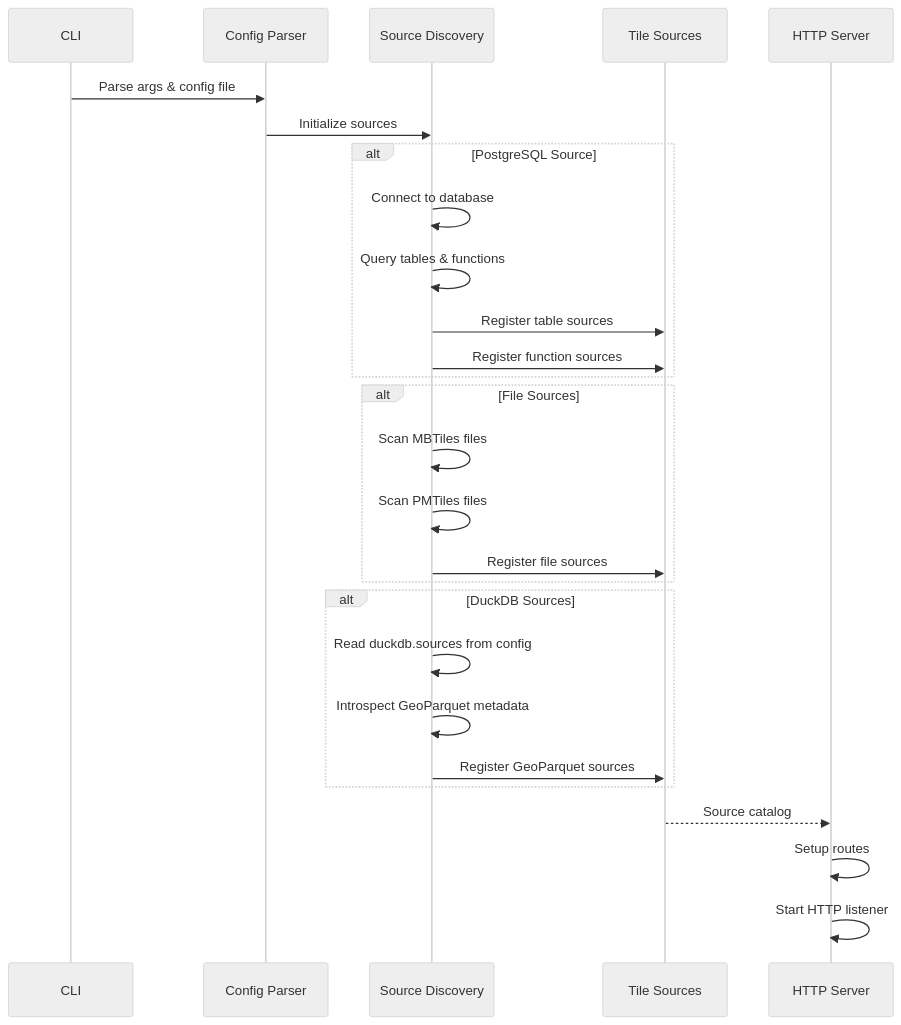
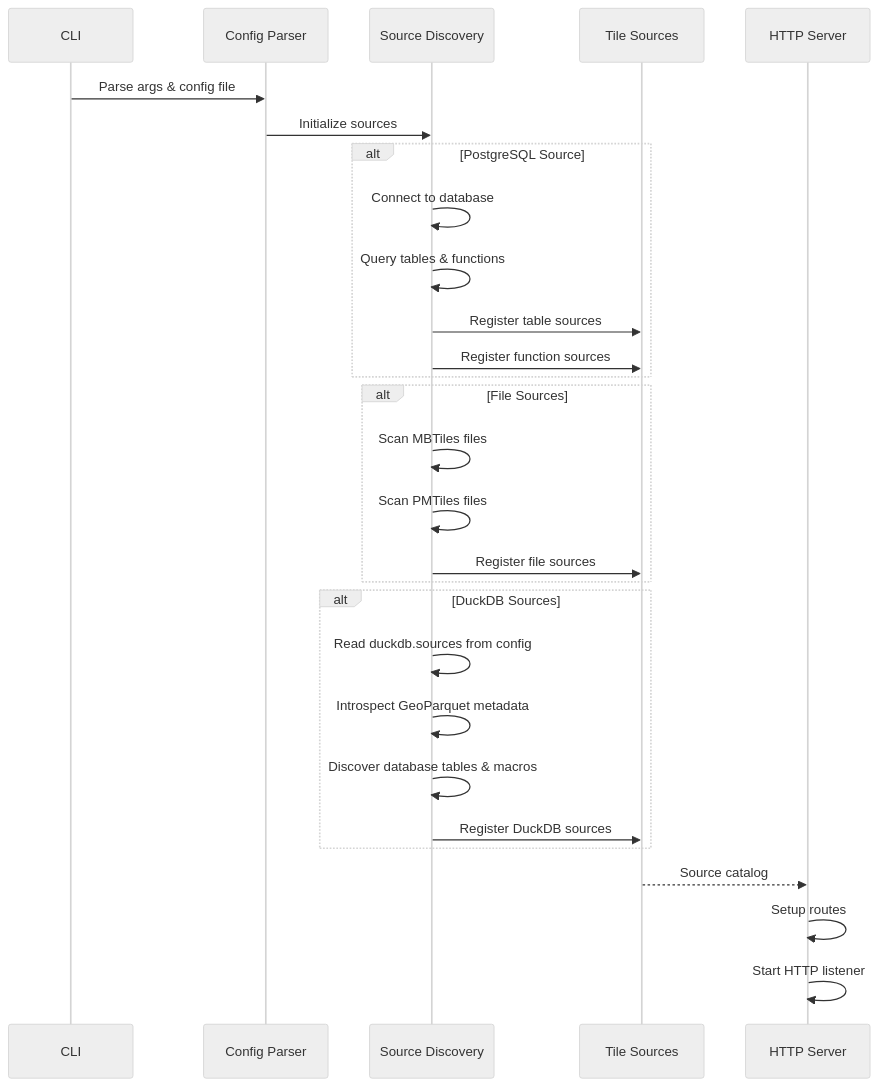
Before and after one commit to maplibre/martin: the third of 8 diagrams in docs/content/architecture.md, drawn with Mermaid (neutral theme). The commit also changed other lines of this file and 9 other files, not shown here.

````diff
--- a/docs/content/architecture.md
+++ b/docs/content/architecture.md
@@ -200,34 +200,35 @@
     ```mermaid
     sequenceDiagram
         participant CLI
         participant Config as Config Parser
         participant Discovery as Source Discovery
         participant Sources as Tile Sources
         participant Server as HTTP Server
 
         CLI->>Config: Parse args & config file
         Config->>Discovery: Initialize sources
 
         alt PostgreSQL Source
             Discovery->>Discovery: Connect to database
             Discovery->>Discovery: Query tables & functions
             Discovery->>Sources: Register table sources
             Discovery->>Sources: Register function sources
         end
 
         alt File Sources
             Discovery->>Discovery: Scan MBTiles files
             Discovery->>Discovery: Scan PMTiles files
             Discovery->>Sources: Register file sources
         end
 
         alt DuckDB Sources
             Discovery->>Discovery: Read duckdb.sources from config
             Discovery->>Discovery: Introspect GeoParquet metadata
-            Discovery->>Sources: Register GeoParquet sources
+            Discovery->>Discovery: Discover database tables & macros
+            Discovery->>Sources: Register DuckDB sources
         end
 
         Sources-->>Server: Source catalog
         Server->>Server: Setup routes
         Server->>Server: Start HTTP listener
     ```
````
